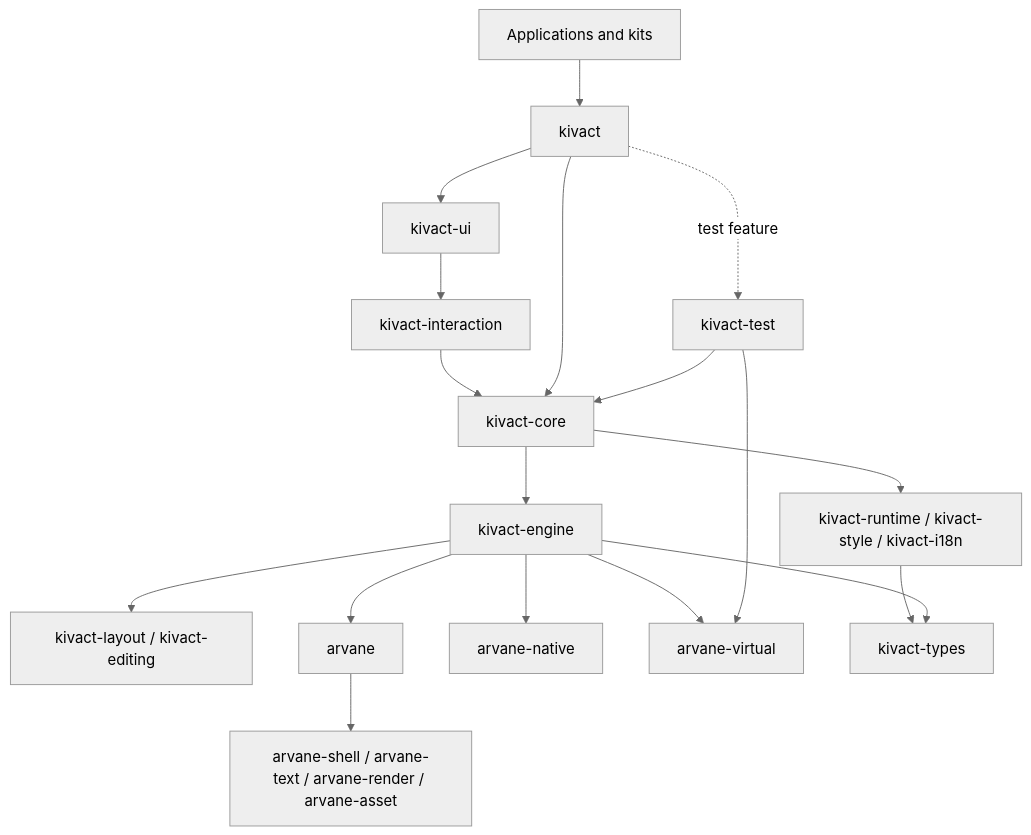
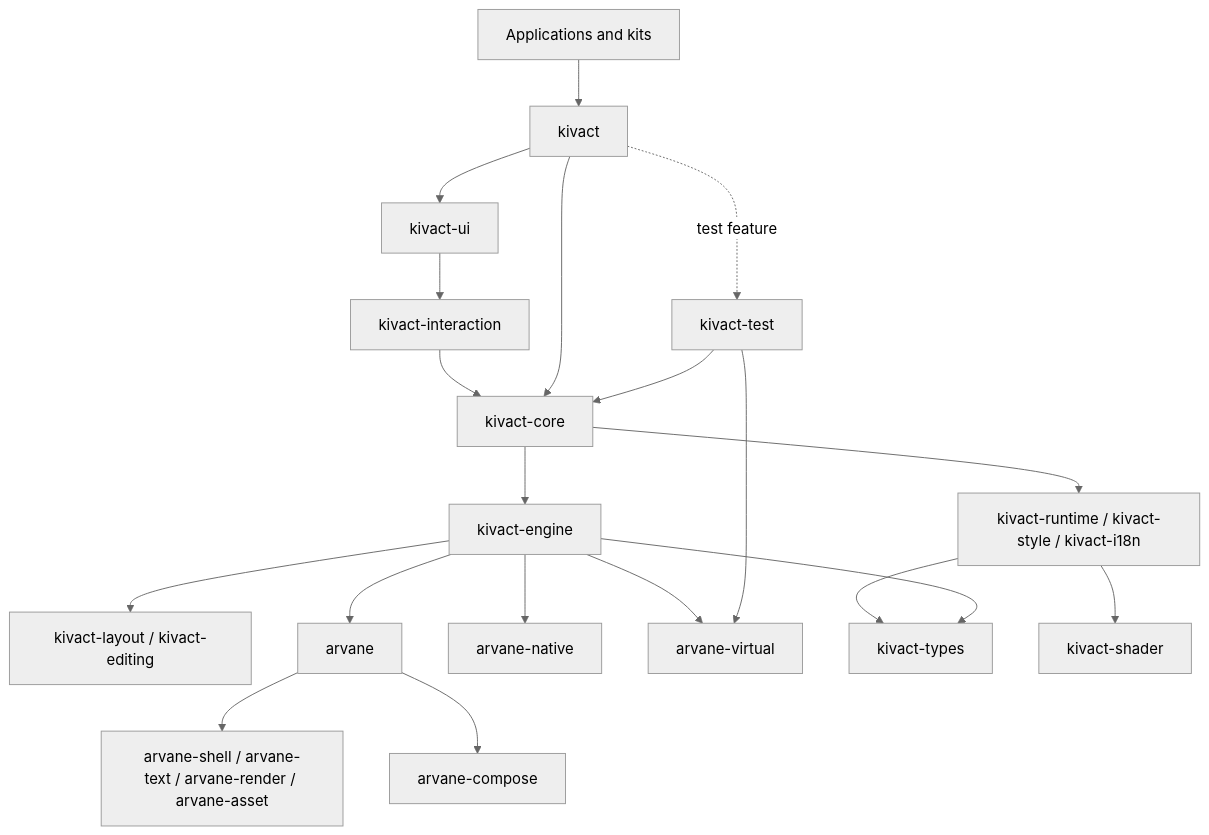
Before and after one commit to Kashiwade-music/kivact: the diagram in README.md, drawn with Mermaid (neutral theme). The commit also changed other lines of this file and 578 other files, not shown here.

````diff
--- a/README.md
+++ b/README.md
@@ -101,20 +101,22 @@
 ```mermaid
 flowchart TD
     Apps[Applications and kits] --> Facade[kivact]
     Facade --> UI[kivact-ui]
     UI --> Interaction[kivact-interaction]
     Interaction --> Core[kivact-core]
     Facade --> Core
     Core --> Runtime[kivact-runtime / kivact-style / kivact-i18n]
     Core --> Engine[kivact-engine]
     Engine --> Geometry[kivact-layout / kivact-editing]
     Engine --> Host[arvane]
     Host --> Adapters[arvane-shell / arvane-text / arvane-render / arvane-asset]
+    Host --> Compose[arvane-compose]
     Engine --> Native[arvane-native]
     Engine --> Virtual[arvane-virtual]
     Facade -. test feature .-> Test[kivact-test]
     Test --> Core
     Test --> Virtual
     Runtime --> Types[kivact-types]
+    Runtime --> Shader[kivact-shader]
     Engine --> Types
 ```
````
